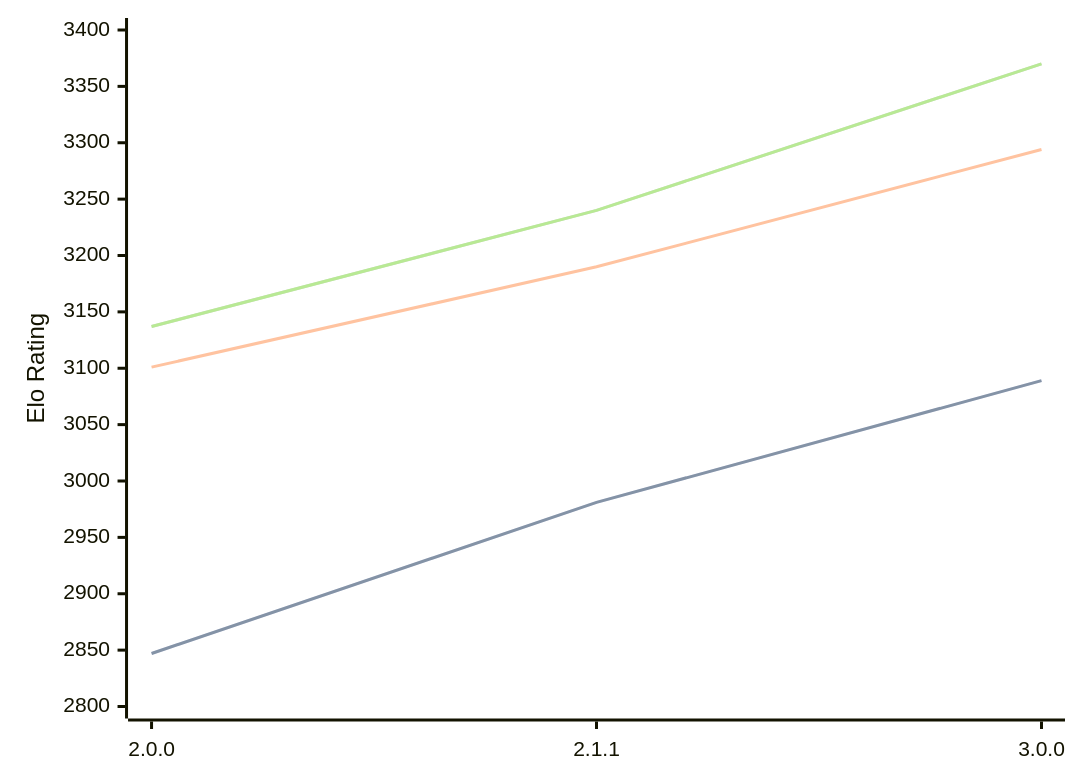
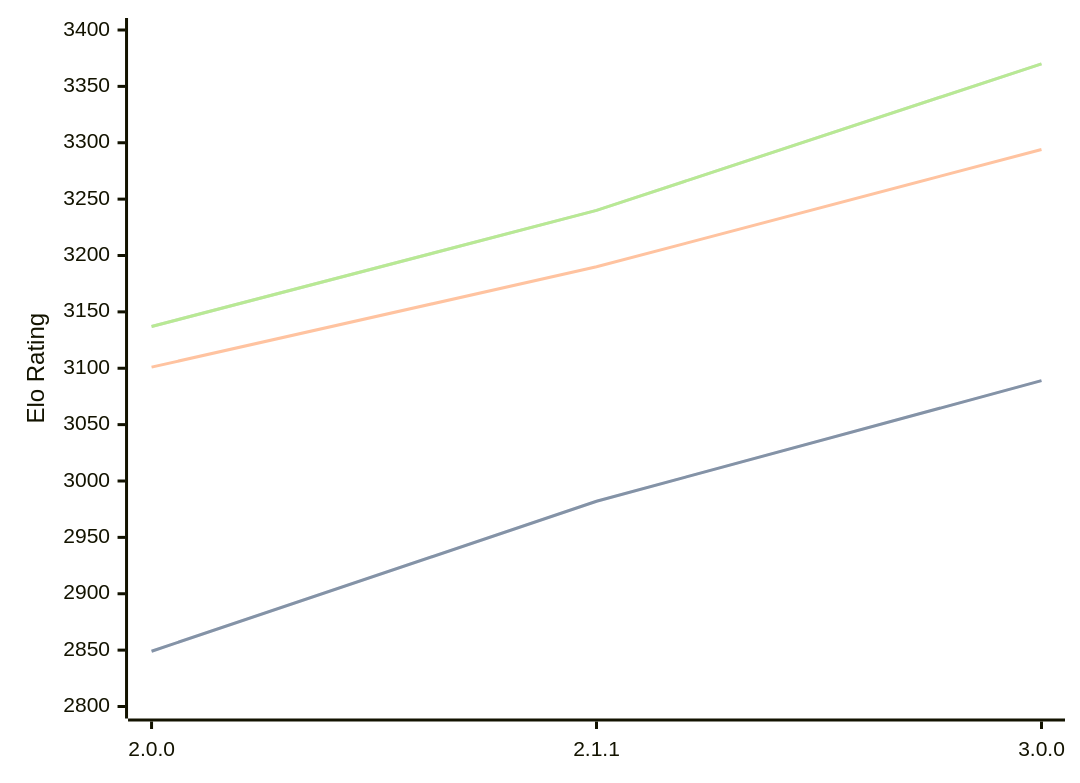
The first of 3 diagrams in engines/Bread.md (computer-chess-index/cci), drawn with Mermaid before and after one commit. The commit also changed other lines of this file, not shown here.

````diff
--- a/engines/Bread.md
+++ b/engines/Bread.md
@@ -52,11 +52,11 @@
 ```mermaid
 %%{init: {"theme":"base","themeVariables":{"seriesColors:['#a3a3a3','#222221','#faa371']}}}%%
 xychart-beta
   x-axis ["2.0.0", "2.1.1", "3.0.0"]
   y-axis "Elo Rating" 2800 --> 3400
-  line "STC (8.0+0.08s)" [2847, 2981, 3089]
-  line "STC (8.0+0.08s)" [2847, 2981, 3089]
+  line "STC (8.0+0.08s)" [2849, 2982, 3089]
+  line "STC (8.0+0.08s)" [2849, 2982, 3089]
   line "LTC (60.0+0.60s)" [3101, 3190, 3294]
   line "VLTC (2m24s+1.12s)" [3137, 3240, 3370]
   line "VLTC (2m24s+1.12s)" [3137, 3240, 3370]
 ```
````
